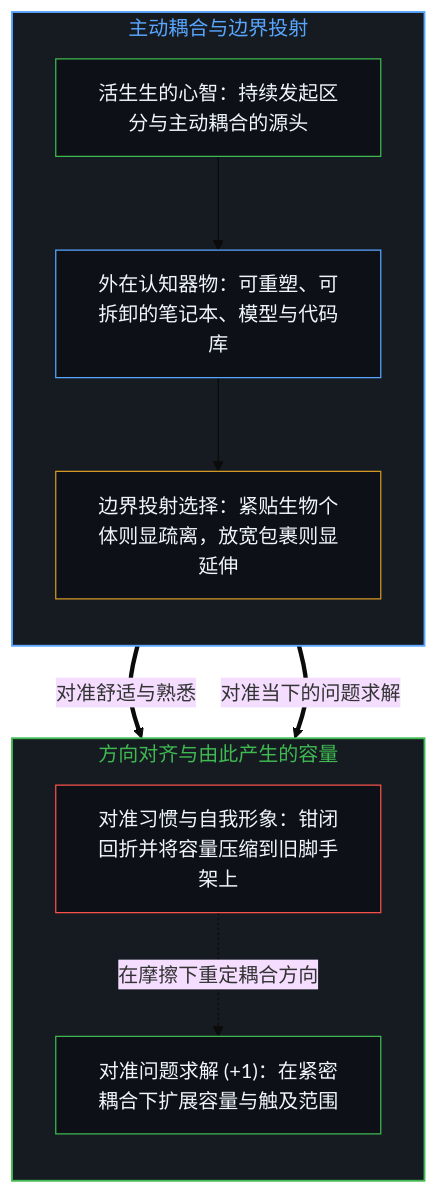
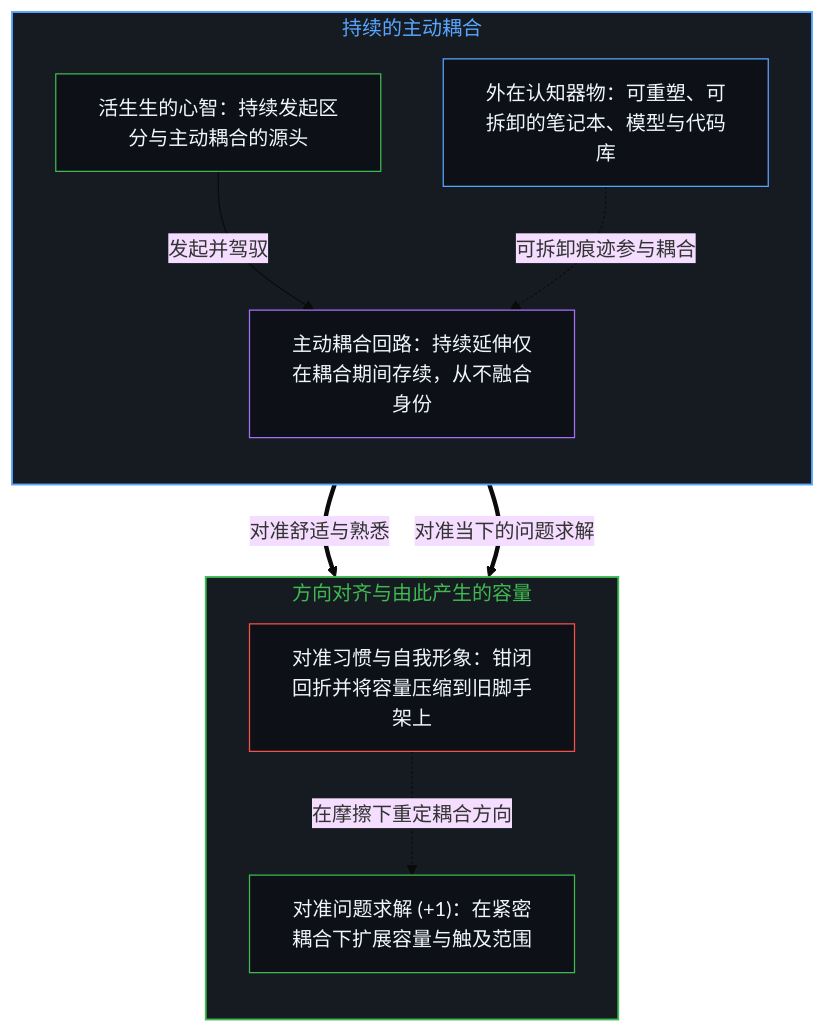
Before and after one commit to powerpig99/not-a-toe: the first of 2 diagrams in content/posts/extended-cognition-refined.md, drawn with Mermaid (base theme). The commit also changed other lines of this file and 3 other files, not shown here.

````diff
--- a/content/posts/extended-cognition-refined.md
+++ b/content/posts/extended-cognition-refined.md
@@ -17,25 +17,26 @@
 ```mermaid
 flowchart TD
-    subgraph S_Coupling["主动耦合与边界投射"]
+    subgraph S_Coupling["持续的主动耦合"]
         direction TB
         Mind["活生生的心智：持续发起区分与主动耦合的源头"]
         Tool["外在认知器物：可重塑、可拆卸的笔记本、模型与代码库"]
-        Bound["边界投射选择：紧贴生物个体则显疏离，放宽包裹则显延伸"]
-        Mind --> Tool --> Bound
+        Coupling["主动耦合回路：持续延伸仅在耦合期间存续，从不融合身份"]
+        Mind -->|"发起并驾驭"| Coupling
+        Tool -.->|"可拆卸痕迹参与耦合"| Coupling
     end
     subgraph S_Align["方向对齐与由此产生的容量"]
         direction TB
         Comfort["对准习惯与自我形象：钳闭回折并将容量压缩到旧脚手架上"]
         Target["对准问题求解 (+1)：在紧密耦合下扩展容量与触及范围"]
         Comfort -.->|"在摩擦下重定耦合方向"| Target
     end
-    Bound ==>|"对准舒适与熟悉"| Comfort
-    Bound ==>|"对准当下的问题求解"| Target
+    Coupling ==>|"对准舒适与熟悉"| Comfort
+    Coupling ==>|"对准当下的问题求解"| Target
     style S_Coupling fill:#161b22,stroke:#58a6ff,stroke-width:1.5px,color:#58a6ff
     style S_Align fill:#161b22,stroke:#3fb950,stroke-width:1.5px,color:#3fb950
     style Mind fill:#0d1117,stroke:#3fb950,stroke-width:1px,color:#f0f6fc
     style Tool fill:#0d1117,stroke:#58a6ff,stroke-width:1px,color:#f0f6fc
-    style Bound fill:#0d1117,stroke:#d29922,stroke-width:1px,color:#f0f6fc
+    style Coupling fill:#0d1117,stroke:#a371f7,stroke-width:1px,color:#f0f6fc
     style Comfort fill:#0d1117,stroke:#f85149,stroke-width:1px,color:#f0f6fc
     style Target fill:#0d1117,stroke:#3fb950,stroke-width:1px,color:#f0f6fc
 ```
````
